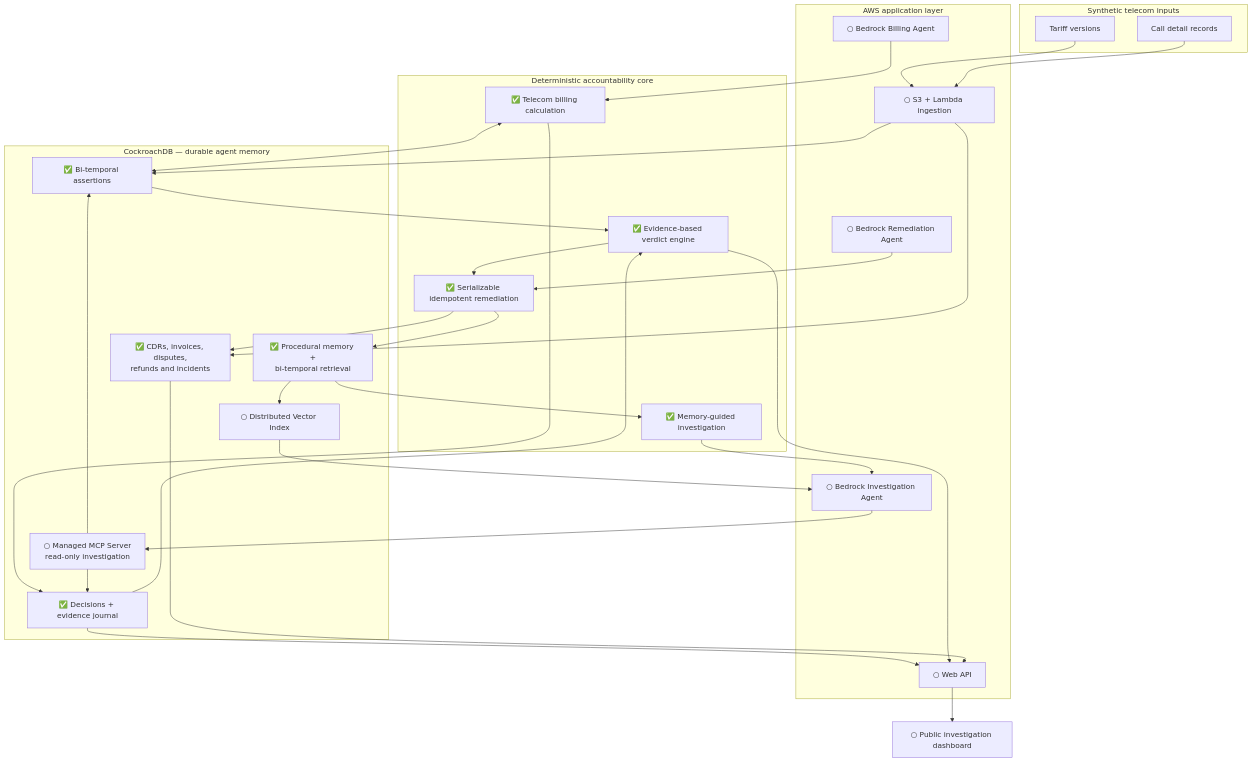
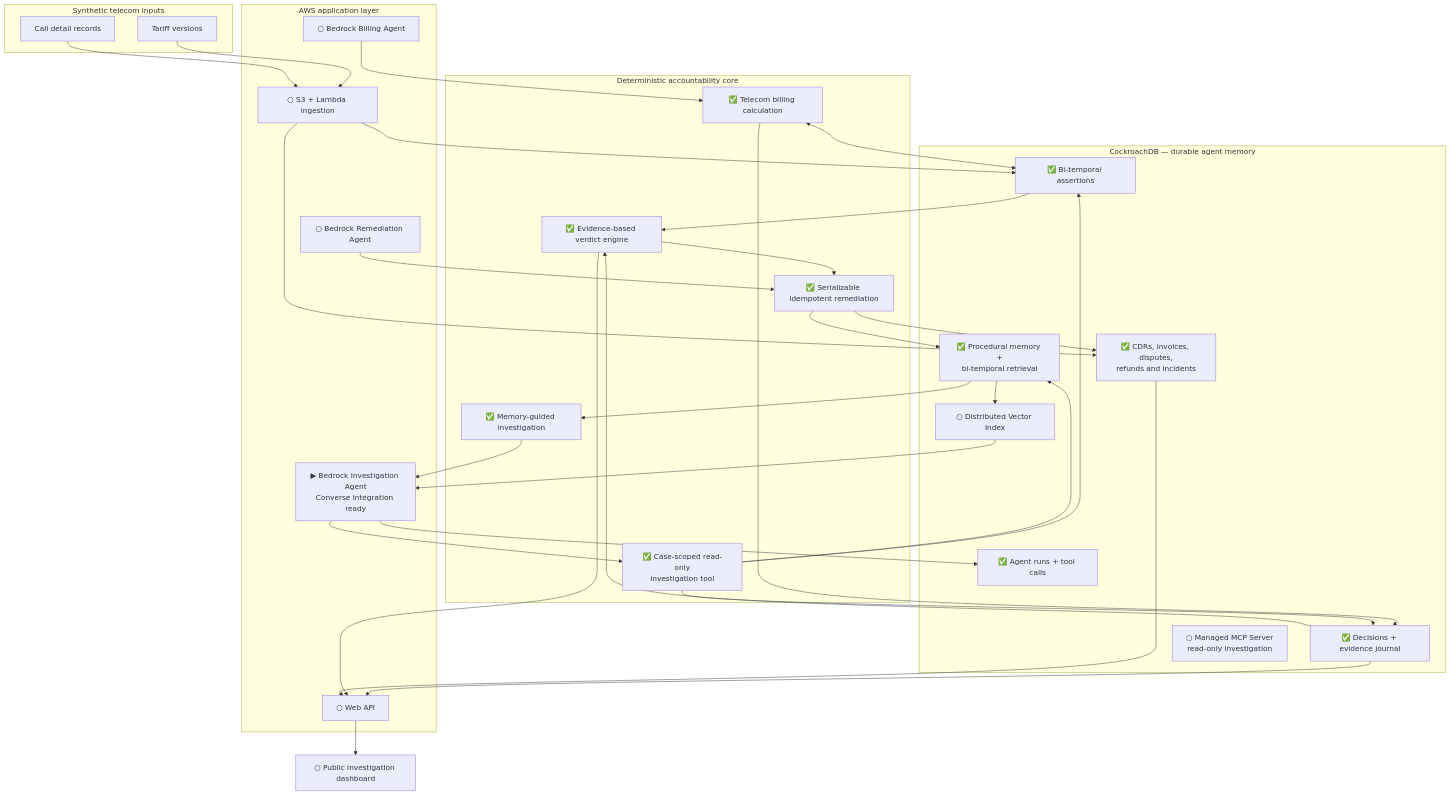
One commit to Mounir1200/HindSight changed the diagram in README.md. Above: the diagram before and after it, drawn with Mermaid. The commit also changed other lines of this file and 15 other files, not shown here.

Commit message:
feat: add durable Bedrock investigation workflow

````diff
--- a/README.md
+++ b/README.md
@@ -77,62 +96,66 @@
 ```mermaid
 flowchart TB
     subgraph INPUTS["Synthetic telecom inputs"]
         TARIFFS["Tariff versions"]
         CDRS["Call detail records"]
     end
 
     subgraph AWS["AWS application layer"]
         INGEST["○ S3 + Lambda ingestion"]
         BILLING_AGENT["○ Bedrock Billing Agent"]
-        INVESTIGATION_AGENT["○ Bedrock Investigation Agent"]
+        INVESTIGATION_AGENT["▶ Bedrock Investigation Agent<br/>Converse integration ready"]
         REMEDIATION_AGENT["○ Bedrock Remediation Agent"]
         API["○ Web API"]
     end
 
     subgraph CORE["Deterministic accountability core"]
         BILLING["✅ Telecom billing calculation"]
         VERDICT["✅ Evidence-based verdict engine"]
         REMEDIATION["✅ Serializable idempotent remediation"]
         GUIDANCE["✅ Memory-guided investigation"]
+        CONTEXT_TOOL["✅ Case-scoped read-only<br/>investigation tool"]
     end
 
     subgraph CRDB["CockroachDB — durable agent memory"]
         ASSERTIONS["✅ Bi-temporal assertions"]
         JOURNAL["✅ Decisions + evidence journal"]
         OPERATIONS["✅ CDRs, invoices, disputes,<br/>refunds and incidents"]
         MEMORY["✅ Procedural memory +<br/>bi-temporal retrieval"]
+        AGENT_JOURNAL["✅ Agent runs + tool calls"]
         VECTOR["○ Distributed Vector Index"]
         MCP["○ Managed MCP Server<br/>read-only investigation"]
     end
 
     DASHBOARD["○ Public investigation dashboard"]
 
     TARIFFS --> INGEST
     CDRS --> INGEST
     INGEST --> ASSERTIONS
     INGEST --> OPERATIONS
 
     BILLING_AGENT --> BILLING
     BILLING <--> ASSERTIONS
     BILLING --> JOURNAL
 
-    INVESTIGATION_AGENT --> MCP
-    MCP --> ASSERTIONS
-    MCP --> JOURNAL
+    INVESTIGATION_AGENT --> CONTEXT_TOOL
+    INVESTIGATION_AGENT --> AGENT_JOURNAL
+    CONTEXT_TOOL --> ASSERTIONS
+    CONTEXT_TOOL --> JOURNAL
+    CONTEXT_TOOL --> MEMORY
     ASSERTIONS --> VERDICT
     JOURNAL --> VERDICT
 
     VERDICT --> REMEDIATION
     REMEDIATION_AGENT --> REMEDIATION
     REMEDIATION --> OPERATIONS
     REMEDIATION --> MEMORY
     MEMORY --> GUIDANCE
     GUIDANCE --> INVESTIGATION_AGENT
     MEMORY --> VECTOR
     VECTOR --> INVESTIGATION_AGENT
 
     JOURNAL --> API
     VERDICT --> API
     OPERATIONS --> API
     API --> DASHBOARD
 ```
````
